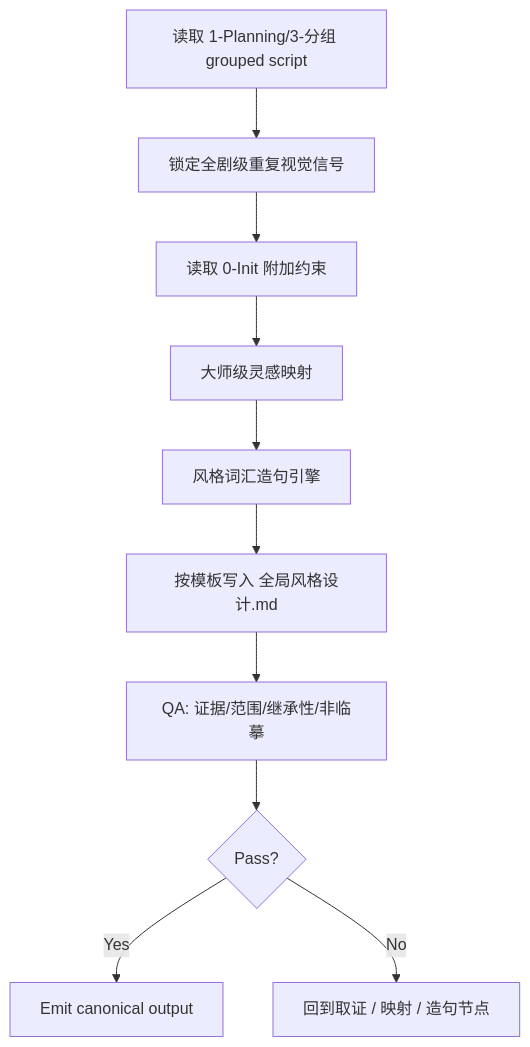
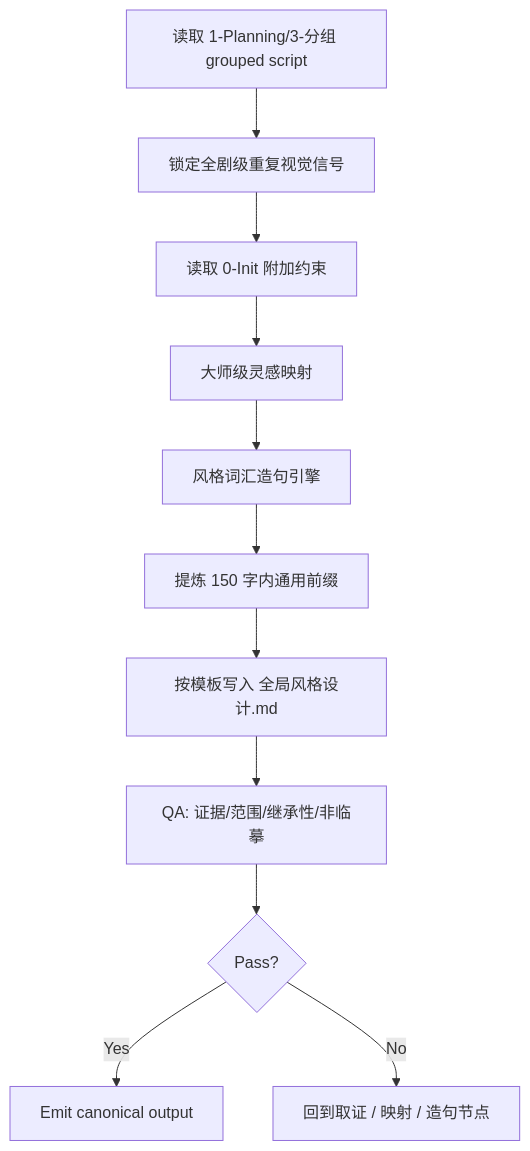
One commit to ZEN-VOID/AI-CUT changed the first of 3 diagrams in .agents/skills/aigc/2-Global/全局风格/SKILL.md. Above: the diagram before and after it, drawn with Mermaid. The commit also changed other lines of this file and 162 other files, not shown here.

````diff
--- a/.agents/skills/aigc/2-Global/全局风格/SKILL.md
+++ b/.agents/skills/aigc/2-Global/全局风格/SKILL.md
@@ -64,12 +64,13 @@
 ```mermaid
 flowchart TD
     A["读取 1-Planning/3-分组 grouped script"] --> B["锁定全剧级重复视觉信号"]
     B --> C["读取 0-Init 附加约束"]
     C --> D["大师级灵感映射"]
     D --> E["风格词汇造句引擎"]
-    E --> F["按模板写入 全局风格设计.md"]
-    F --> G["QA: 证据/范围/继承性/非临摹"]
-    G --> H{"Pass?"}
-    H -->|"Yes"| I["Emit canonical output"]
-    H -->|"No"| J["回到取证 / 映射 / 造句节点"]
+    E --> F["提炼 150 字内通用前缀"]
+    F --> G["按模板写入 全局风格设计.md"]
+    G --> H["QA: 证据/范围/继承性/非临摹"]
+    H --> I{"Pass?"}
+    I -->|"Yes"| J["Emit canonical output"]
+    I -->|"No"| K["回到取证 / 映射 / 造句节点"]
 ```
````
